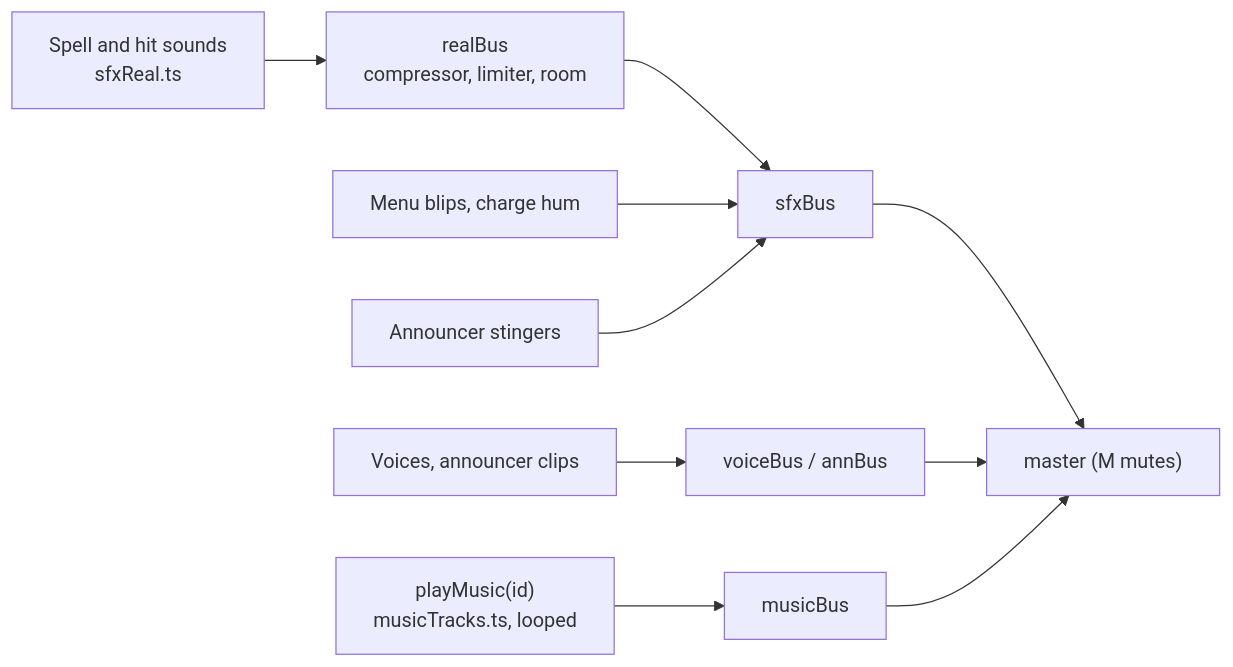
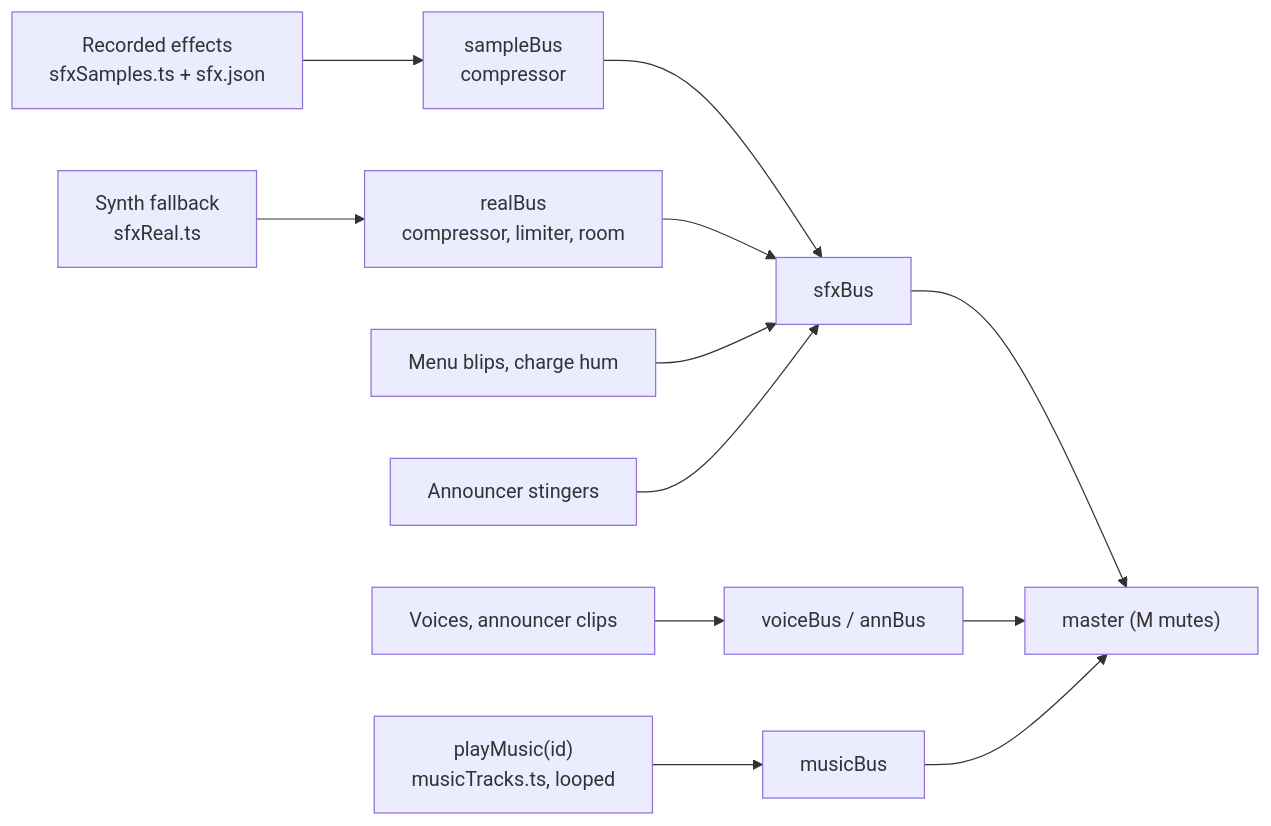
Before and after one commit to WesleyT4N/spell-vs-steel: diagram 13 of 26 in docs/ARCHITECTURE.md, drawn with Mermaid. The commit also changed other lines of this file and 97 other files, not shown here.

````diff
--- a/docs/ARCHITECTURE.md
+++ b/docs/ARCHITECTURE.md
@@ -356,11 +356,12 @@
 ```mermaid
 flowchart LR
-  spell["Spell and hit sounds<br/>sfxReal.ts"] --> real["realBus<br/>compressor, limiter, room"] --> sfxBus
+  samp["Recorded effects<br/>sfxSamples.ts + sfx.json"] --> sbus["sampleBus<br/>compressor"] --> sfxBus
+  spell["Synth fallback<br/>sfxReal.ts"] --> real["realBus<br/>compressor, limiter, room"] --> sfxBus
   blips["Menu blips, charge hum"] --> sfxBus
   sting["Announcer stingers"] --> sfxBus
   voice["Voices, announcer clips"] --> vbus["voiceBus / annBus"]
   music["playMusic(id)<br/>musicTracks.ts, looped"] --> mbus["musicBus"]
   sfxBus --> master
   vbus --> master
   mbus --> master["master (M mutes)"]
 ```
````
